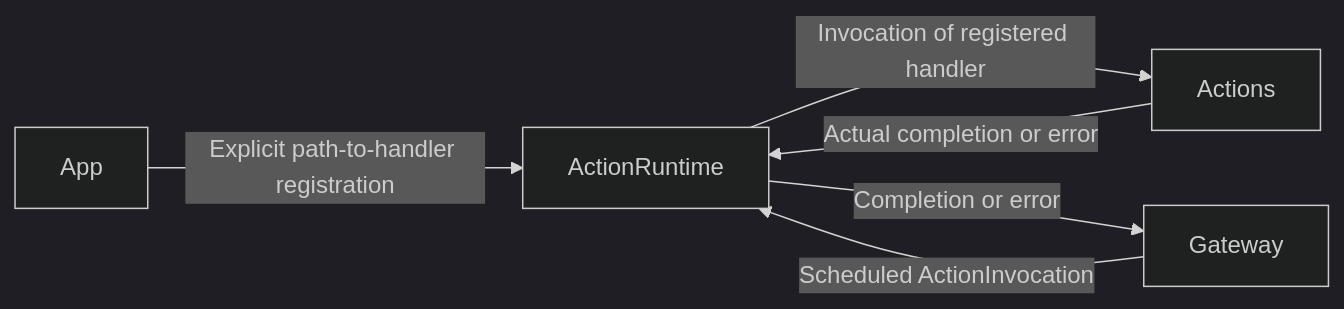
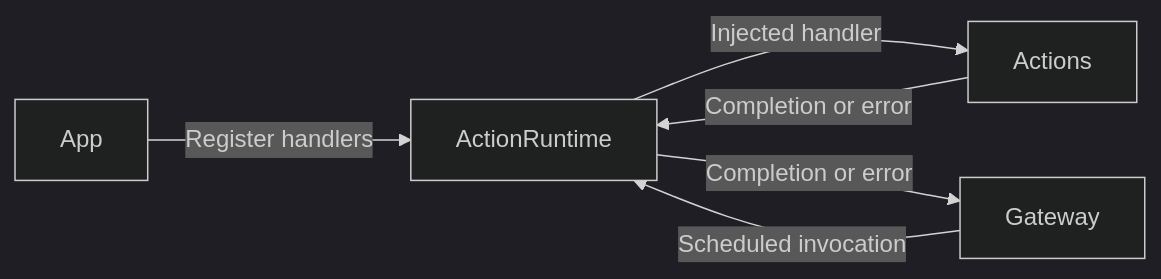
The first of 2 diagrams in MobileHarness/ActionRuntime/README.md (devilyouwei/MobileHarness), drawn with Mermaid (dark theme) before and after one commit. The commit also changed other lines of this file and 53 other files, not shown here.

````diff
--- a/MobileHarness/ActionRuntime/README.md
+++ b/MobileHarness/ActionRuntime/README.md
@@ -7,8 +20,8 @@
 ```mermaid
 flowchart LR
-    App -->|Explicit path-to-handler registration| ActionRuntime
-    Gateway -->|Scheduled ActionInvocation| ActionRuntime
-    ActionRuntime -->|Invocation of registered handler| Actions
-    Actions -->|Actual completion or error| ActionRuntime
+    App -->|Register handlers| ActionRuntime
+    Gateway -->|Scheduled invocation| ActionRuntime
+    ActionRuntime -->|Injected handler| Actions
+    Actions -->|Completion or error| ActionRuntime
     ActionRuntime -->|Completion or error| Gateway
 ```
````
